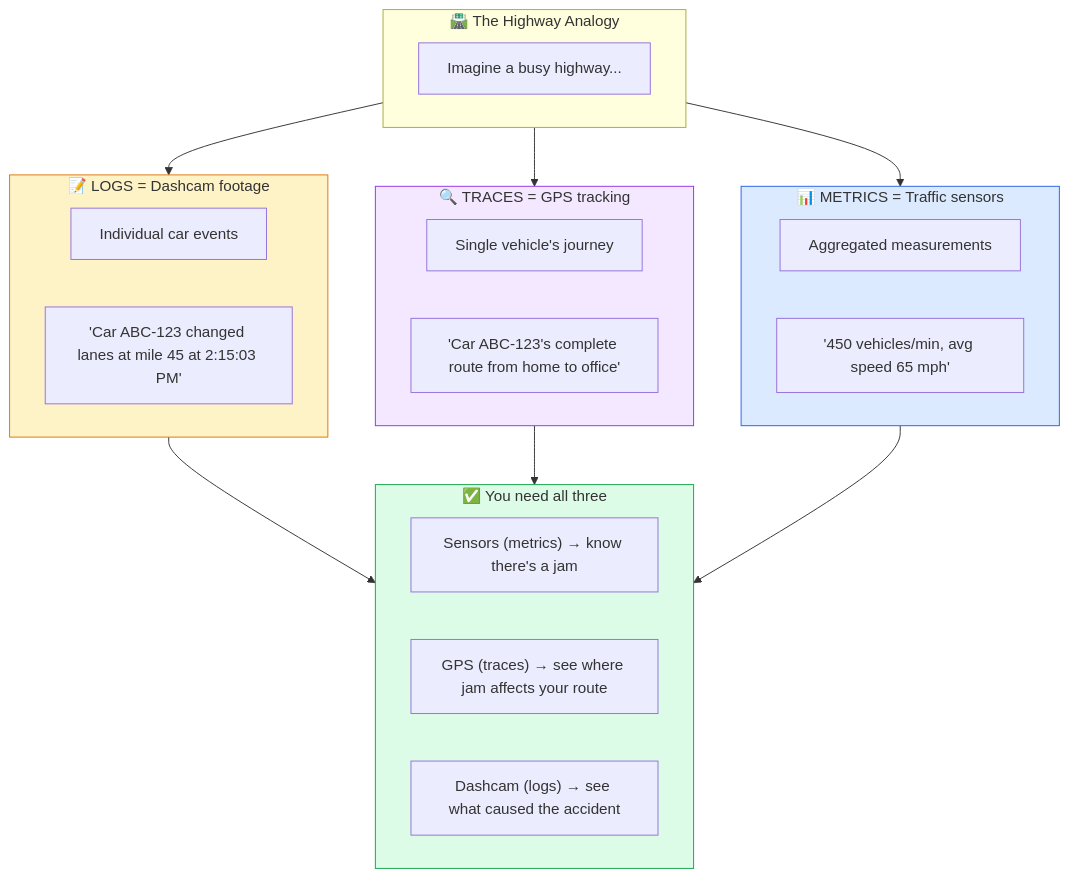
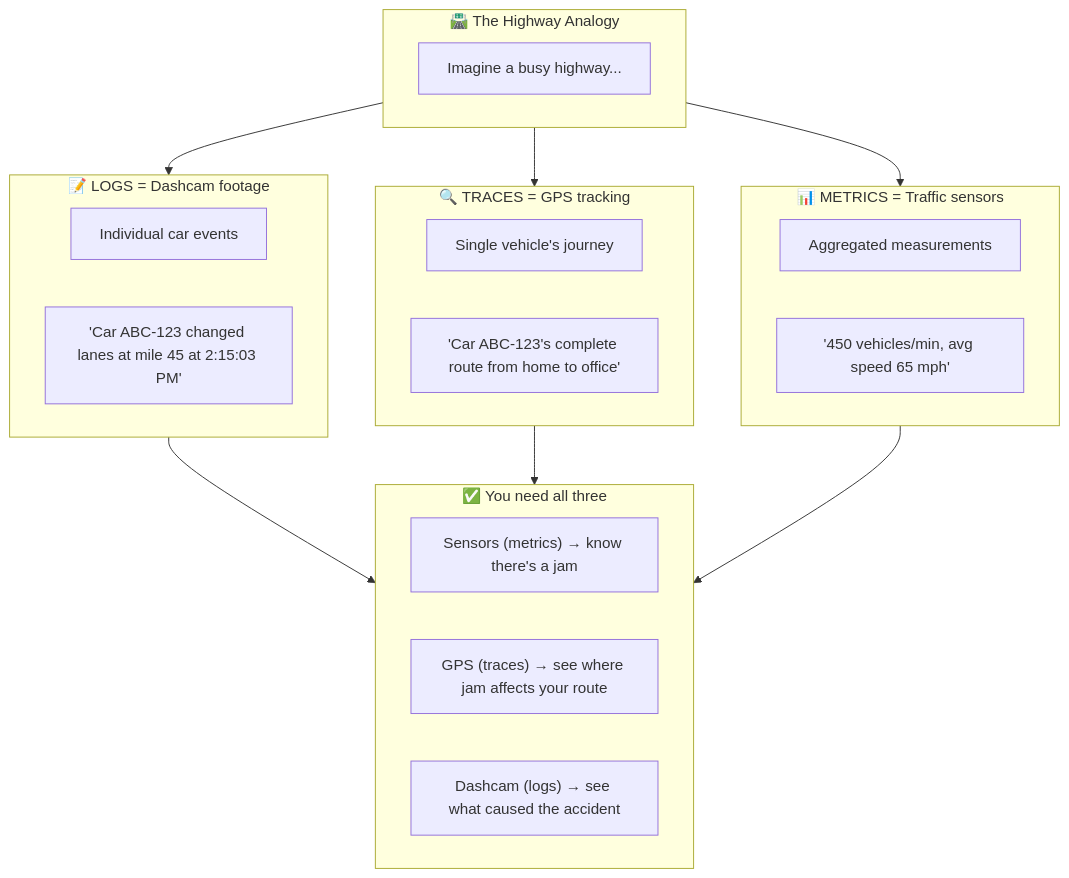
One commit to shivam-g-mishra/blog changed the first of 4 diagrams in docs/observability/metrics.md. Above: the diagram before and after it, drawn with Mermaid. The commit also changed other lines of this file and 23 other files, not shown here.

First line of the commit message:
fix: improve Mermaid diagram visibility in dark mode

````diff
--- a/docs/observability/metrics.md
+++ b/docs/observability/metrics.md
@@ -58,39 +58,34 @@
 ```mermaid
 flowchart TB
     subgraph analogy["🛣️ The Highway Analogy"]
         highway["Imagine a busy highway..."]
     end
     
     subgraph logs["📝 LOGS = Dashcam footage"]
         l1["Individual car events"]
         l2["'Car ABC-123 changed lanes at mile 45 at 2:15:03 PM'"]
     end
     
     subgraph traces["🔍 TRACES = GPS tracking"]
         t1["Single vehicle's journey"]
         t2["'Car ABC-123's complete route from home to office'"]
     end
     
     subgraph metrics["📊 METRICS = Traffic sensors"]
         m1["Aggregated measurements"]
         m2["'450 vehicles/min, avg speed 65 mph'"]
     end
     
     subgraph need["✅ You need all three"]
         n1["Sensors (metrics) → know there's a jam"]
         n2["GPS (traces) → see where jam affects your route"]
         n3["Dashcam (logs) → see what caused the accident"]
     end
     
     analogy --> logs
     analogy --> traces
     analogy --> metrics
     logs --> need
     traces --> need
     metrics --> need
-    
-    style logs fill:#fef3c7,stroke:#d97706
-    style traces fill:#f3e8ff,stroke:#9333ea
-    style metrics fill:#dbeafe,stroke:#2563eb
-    style need fill:#dcfce7,stroke:#16a34a
 ```
````
